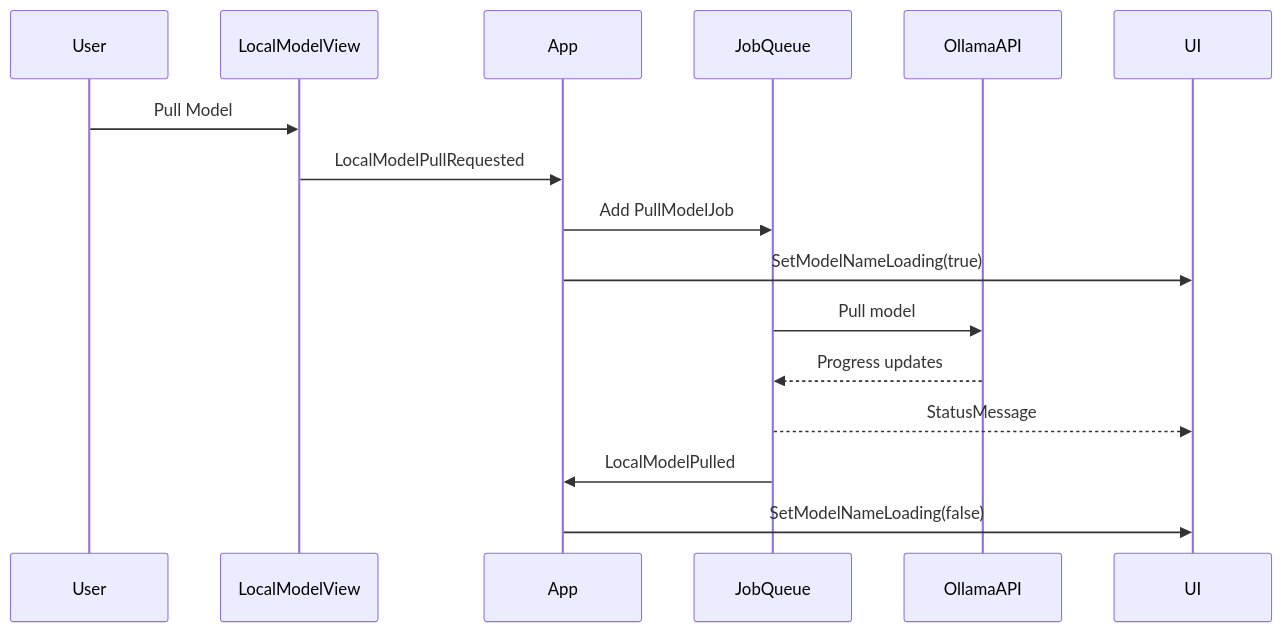
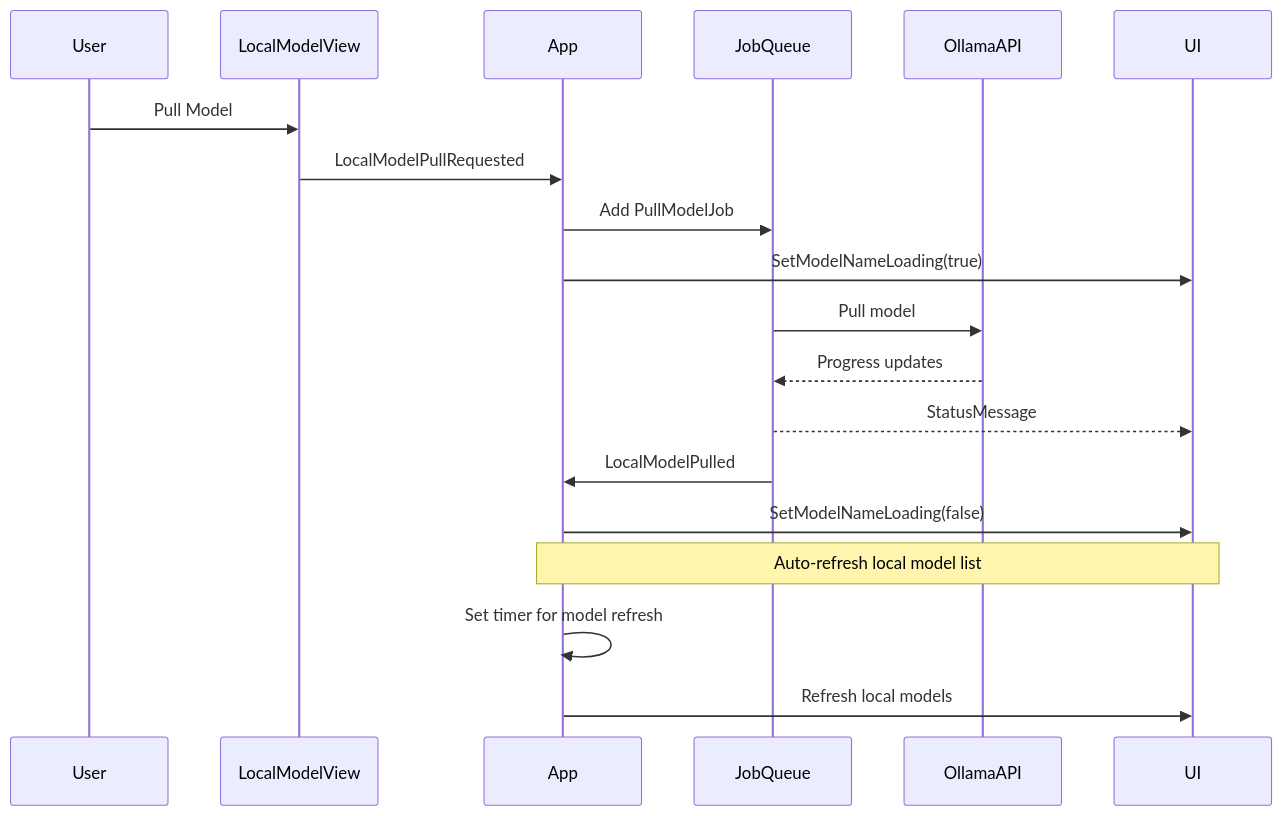
Before and after one commit to paulrobello/parllama: the fifth of 13 diagrams in project_design.md, drawn with Mermaid. The commit also changed other lines of this file and 3 other files, not shown here.

Commit message:
Local most list refreshes after new model is downloaded

````diff
--- a/project_design.md
+++ b/project_design.md
@@ -159,19 +159,22 @@
 ```mermaid
 sequenceDiagram
     participant User
     participant LocalModelView
     participant App
     participant JobQueue
     participant OllamaAPI
     participant UI
     
     User->>LocalModelView: Pull Model
     LocalModelView->>App: LocalModelPullRequested
     App->>JobQueue: Add PullModelJob
     App->>UI: SetModelNameLoading(true)
     JobQueue->>OllamaAPI: Pull model
     OllamaAPI-->>JobQueue: Progress updates
     JobQueue-->>UI: StatusMessage
     JobQueue->>App: LocalModelPulled
     App->>UI: SetModelNameLoading(false)
+    Note over App,UI: Auto-refresh local model list
+    App->>App: Set timer for model refresh
+    App->>UI: Refresh local models
 ```
````
